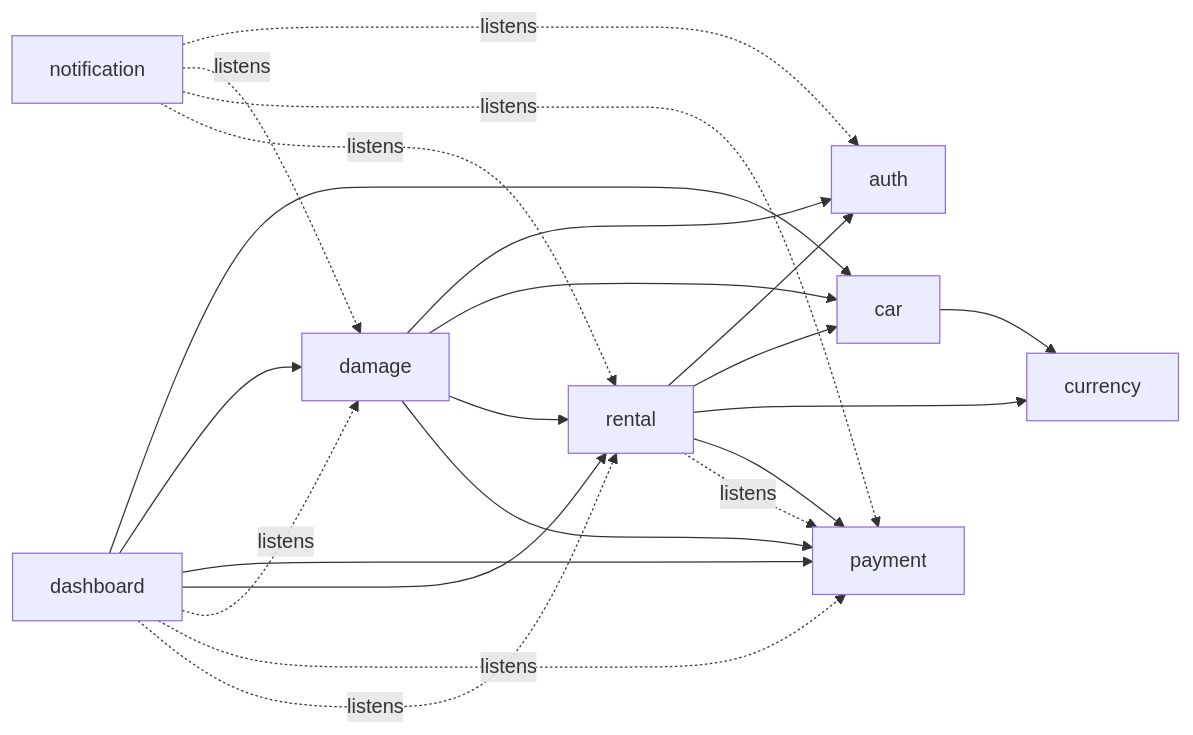
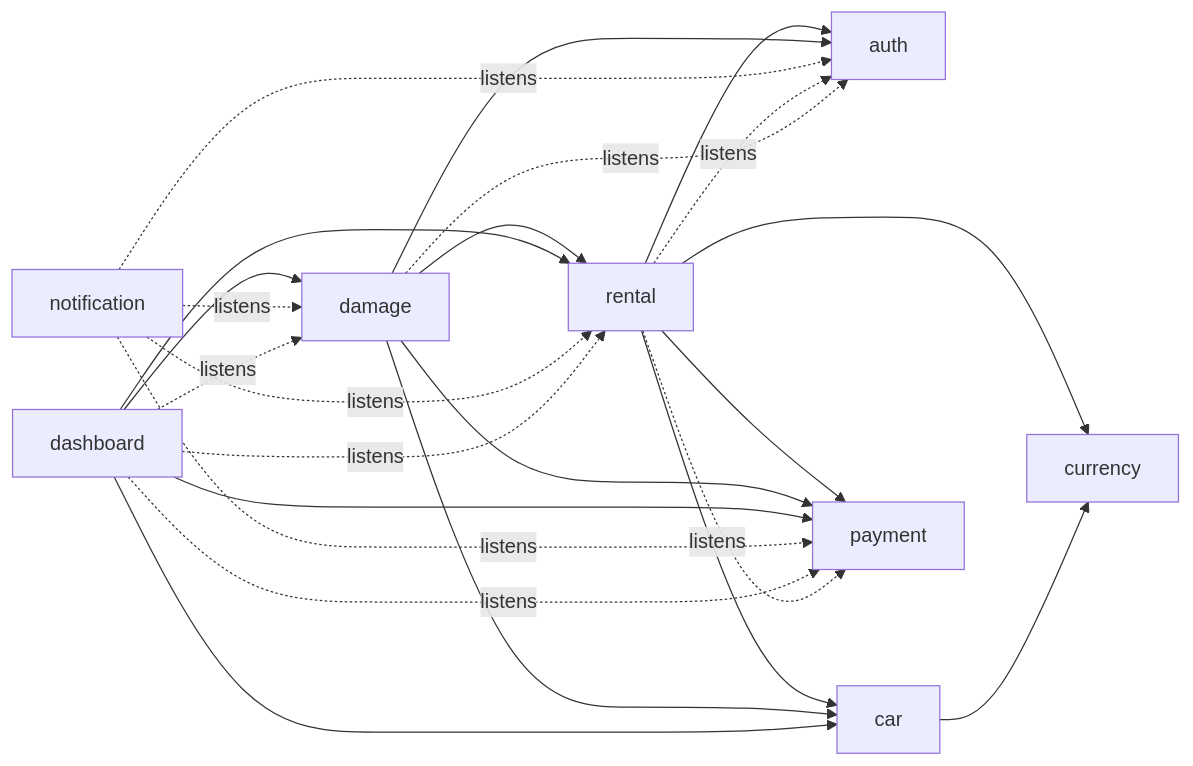
One commit to TheOdrig/car-rental-api changed the diagram in README.md. Above: the diagram before and after it, drawn with Mermaid. The commit also changed other lines of this file, not shown here.

Commit message:
docs(readme): correct auth, module boundary, event and endpoint claims

````diff
--- a/README.md
+++ b/README.md
@@ -31,10 +33,11 @@
 ```mermaid
 graph LR
     rental --> auth & car & currency & payment
     car --> currency
     damage --> auth & car & rental & payment
     dashboard --> car & damage & payment & rental
     notification -.listens.-> auth & damage & payment & rental
     dashboard -.listens.-> damage & payment & rental
-    rental -.listens.-> payment
+    rental -.listens.-> auth & payment
+    damage -.listens.-> auth
 ```
````
